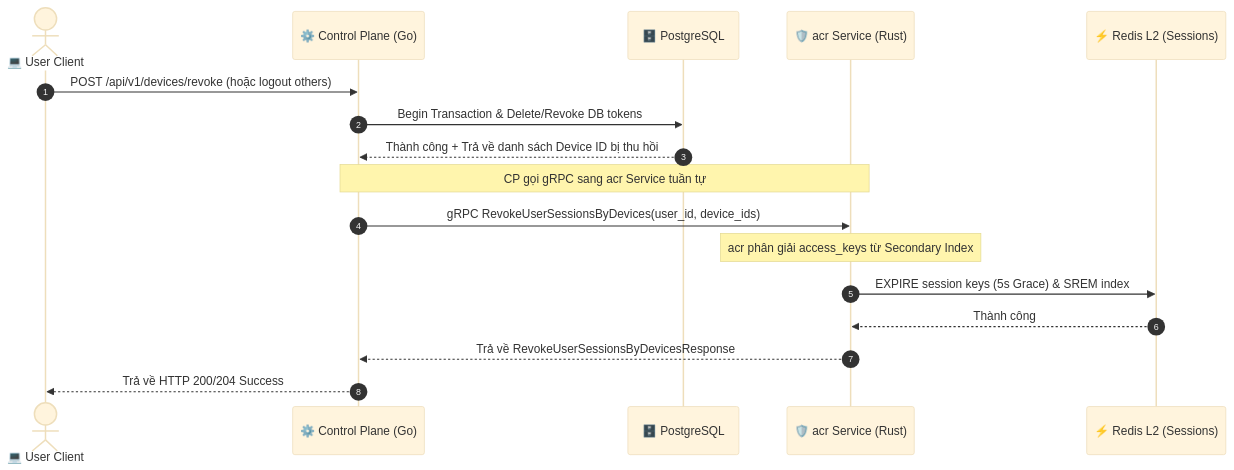
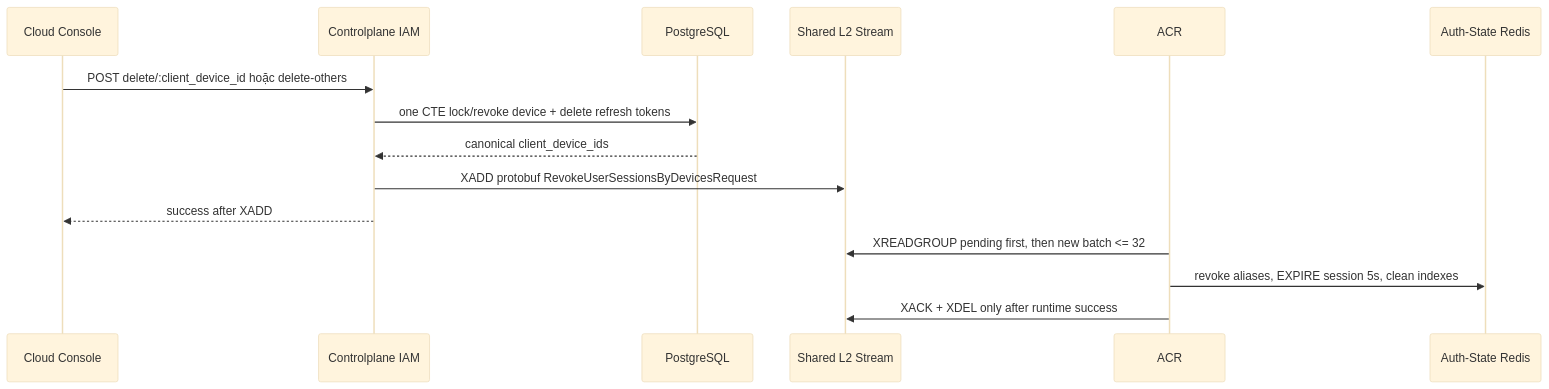
One commit to phucle996/aurora changed the second of 2 diagrams in god_view/iam/device_session_revocation_god_view_workflow.md. Above: the diagram before and after it, drawn with Mermaid (base theme). The commit also changed other lines of this file and 173 other files, not shown here.

````diff
--- a/god_view/iam/device_session_revocation_god_view_workflow.md
+++ b/god_view/iam/device_session_revocation_god_view_workflow.md
@@ -25,23 +60,18 @@
 ```mermaid
 sequenceDiagram
-    autonumber
-    actor User as 💻 User Client
-    participant CP as ⚙️ Control Plane (Go)
-    participant DB as 🗄️ PostgreSQL
-    participant acr as 🛡️ acr Service (Rust)
-    participant L2 as ⚡ Redis L2 (Sessions)
+    participant UI as Cloud Console
+    participant CP as Controlplane IAM
+    participant DB as PostgreSQL
+    participant SR as Shared L2 Stream
+    participant ACR
+    participant AR as Auth-State Redis
 
-    User->>CP: POST /api/v1/devices/revoke (hoặc logout others)
-    CP->>DB: Begin Transaction & Delete/Revoke DB tokens
-    DB-->>CP: Thành công + Trả về danh sách Device ID bị thu hồi
-    
-    Note over CP,acr: CP gọi gRPC sang acr Service tuần tự
-    CP->>acr: gRPC RevokeUserSessionsByDevices(user_id, device_ids)
-    
-    Note over acr: acr phân giải access_keys từ Secondary Index
-    acr->>L2: EXPIRE session keys (5s Grace) & SREM index
-    L2-->>acr: Thành công
-    
-    acr-->>CP: Trả về RevokeUserSessionsByDevicesResponse
-    CP-->>User: Trả về HTTP 200/204 Success
+    UI->>CP: POST delete/:client_device_id hoặc delete-others
+    CP->>DB: one CTE lock/revoke device + delete refresh tokens
+    DB-->>CP: canonical client_device_ids
+    CP->>SR: XADD protobuf RevokeUserSessionsByDevicesRequest
+    CP-->>UI: success after XADD
+    ACR->>SR: XREADGROUP pending first, then new batch <= 32
+    ACR->>AR: revoke aliases, EXPIRE session 5s, clean indexes
+    ACR->>SR: XACK + XDEL only after runtime success
 ```
````
